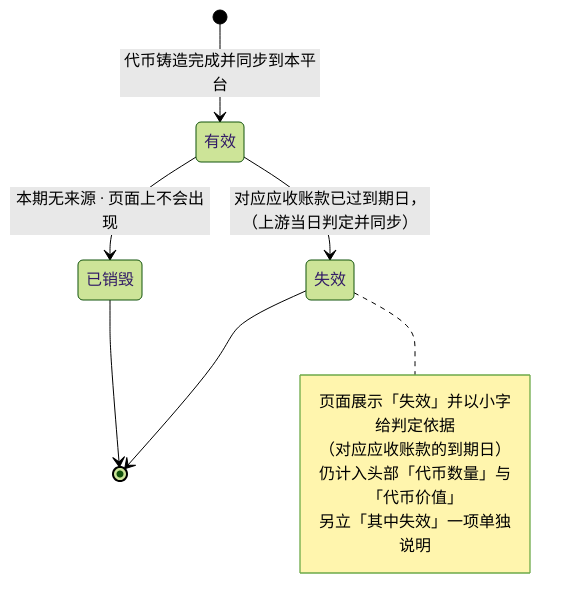
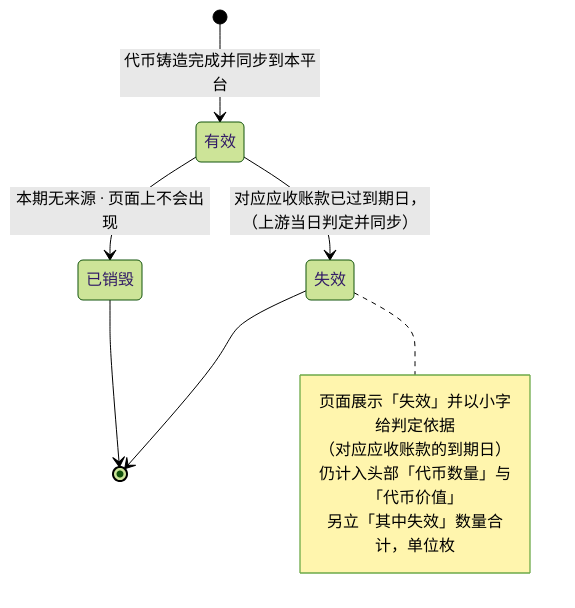
One commit to wxblockchain/Chain-Financing changed the third of 6 diagrams in lending-platform/PRD/v1.0-资产广场-已上架代币只读域/v1.0-资产广场-流程图与状态机.md. Above: the diagram before and after it, drawn with Mermaid (forest theme). The commit also changed other lines of this file and 3 other files, not shown here.

````diff
--- a/lending-platform/PRD/v1.0-资产广场-已上架代币只读域/v1.0-资产广场-流程图与状态机.md
+++ b/lending-platform/PRD/v1.0-资产广场-已上架代币只读域/v1.0-资产广场-流程图与状态机.md
@@ -71,14 +75,14 @@
 ```mermaid
 stateDiagram-v2
   [*] --> 有效: 代币铸造完成并同步到本平台
   有效 --> 失效: 对应应收账款已过到期日，（上游当日判定并同步）
   失效 --> [*]
   有效 --> 已销毁: 本期无来源 · 页面上不会出现
   已销毁 --> [*]
   note right of 失效
     页面展示「失效」并以小字给判定依据
     （对应应收账款的到期日）
     仍计入头部「代币数量」与「代币价值」
-    另立「其中失效」一项单独说明
+    另立「其中失效」数量合计，单位枚
   end note
 ```
````
